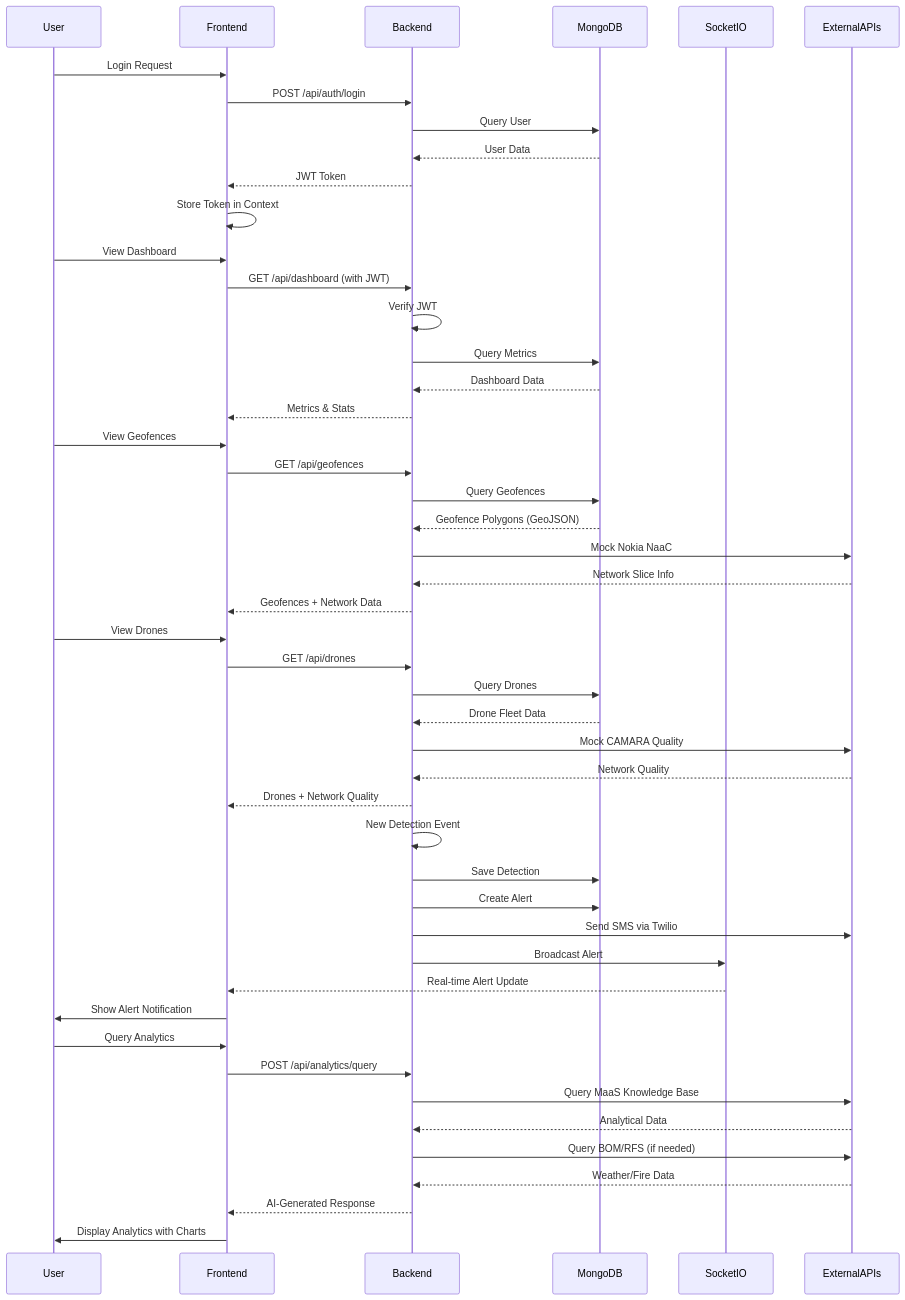
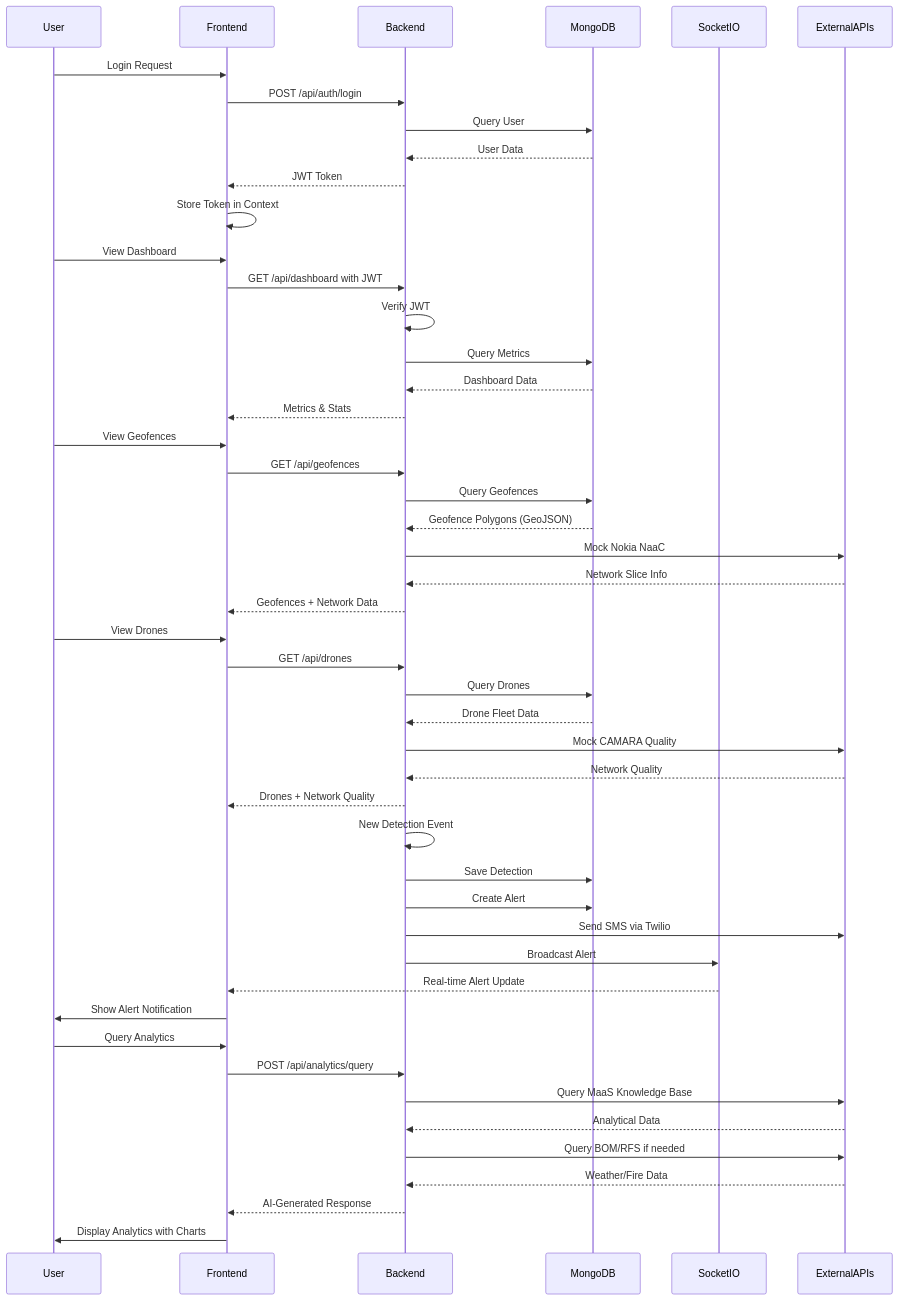
Before and after one commit to GanimyKava/bushfire_sentinel: the second of 3 diagrams in README.md, drawn with Mermaid. The commit also changed other lines of this file and 4 other files, not shown here.

````diff
--- a/README.md
+++ b/README.md
@@ -219,56 +219,56 @@
 ```mermaid
 sequenceDiagram
     participant User
     participant Frontend
     participant Backend
     participant MongoDB
     participant SocketIO
     participant ExternalAPIs
 
     User->>Frontend: Login Request
     Frontend->>Backend: POST /api/auth/login
     Backend->>MongoDB: Query User
     MongoDB-->>Backend: User Data
     Backend-->>Frontend: JWT Token
     Frontend->>Frontend: Store Token in Context
 
     User->>Frontend: View Dashboard
-    Frontend->>Backend: GET /api/dashboard (with JWT)
+    Frontend->>Backend: GET /api/dashboard with JWT
     Backend->>Backend: Verify JWT
     Backend->>MongoDB: Query Metrics
     MongoDB-->>Backend: Dashboard Data
     Backend-->>Frontend: Metrics & Stats
 
     User->>Frontend: View Geofences
     Frontend->>Backend: GET /api/geofences
     Backend->>MongoDB: Query Geofences
     MongoDB-->>Backend: Geofence Polygons (GeoJSON)
     Backend->>ExternalAPIs: Mock Nokia NaaC
     ExternalAPIs-->>Backend: Network Slice Info
     Backend-->>Frontend: Geofences + Network Data
 
     User->>Frontend: View Drones
     Frontend->>Backend: GET /api/drones
     Backend->>MongoDB: Query Drones
     MongoDB-->>Backend: Drone Fleet Data
     Backend->>ExternalAPIs: Mock CAMARA Quality
     ExternalAPIs-->>Backend: Network Quality
     Backend-->>Frontend: Drones + Network Quality
 
     Backend->>Backend: New Detection Event
     Backend->>MongoDB: Save Detection
     Backend->>MongoDB: Create Alert
     Backend->>ExternalAPIs: Send SMS via Twilio
     Backend->>SocketIO: Broadcast Alert
     SocketIO-->>Frontend: Real-time Alert Update
     Frontend->>User: Show Alert Notification
 
     User->>Frontend: Query Analytics
     Frontend->>Backend: POST /api/analytics/query
     Backend->>ExternalAPIs: Query MaaS Knowledge Base
     ExternalAPIs-->>Backend: Analytical Data
-    Backend->>ExternalAPIs: Query BOM/RFS (if needed)
+    Backend->>ExternalAPIs: Query BOM/RFS if needed
     ExternalAPIs-->>Backend: Weather/Fire Data
     Backend-->>Frontend: AI-Generated Response
     Frontend->>User: Display Analytics with Charts
 ```
````
